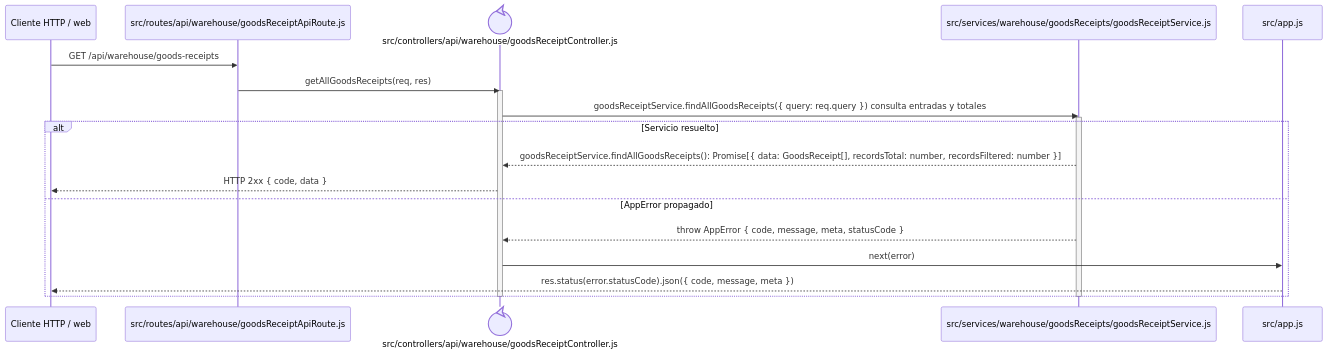
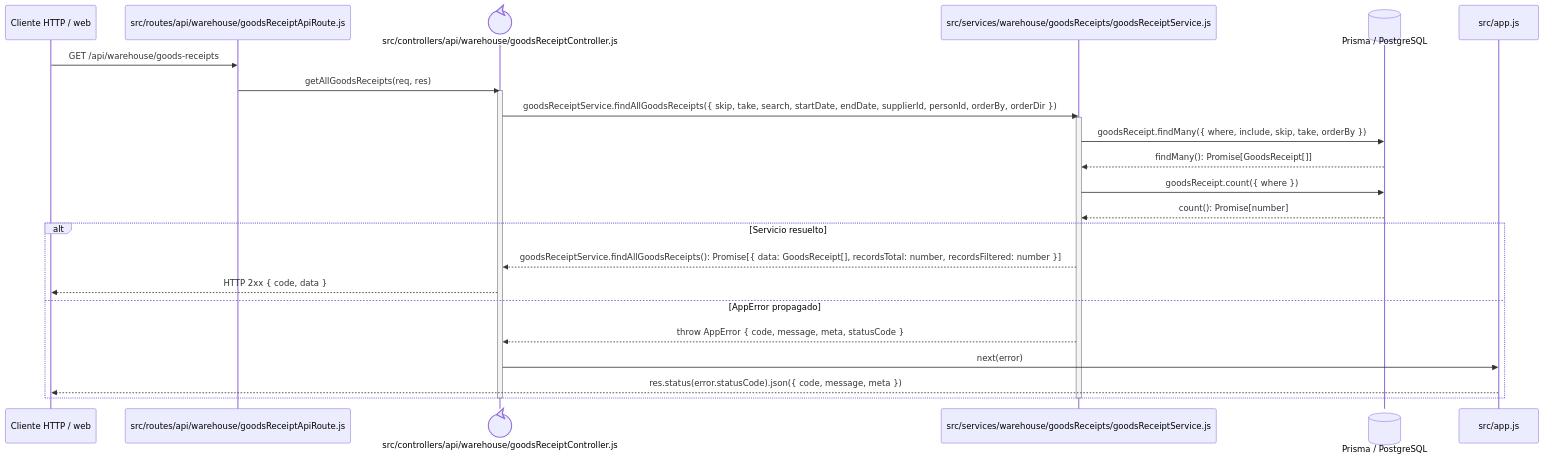
The diagram in docs/architecture/backend-code-sequences/purchases/cu-ent-01.md (gpgsistemas01/nexus), drawn with Mermaid before and after one commit. The commit also changed 22 other files, not shown here.

````diff
--- a/docs/architecture/backend-code-sequences/purchases/cu-ent-01.md
+++ b/docs/architecture/backend-code-sequences/purchases/cu-ent-01.md
@@ -6,24 +6,29 @@
 ```mermaid
 sequenceDiagram
     participant Client as Cliente HTTP / web
     participant Route as src/routes/api/warehouse/goodsReceiptApiRoute.js
     participant Controller@{ "type": "control" } as src/controllers/api/warehouse/goodsReceiptController.js
     participant Domain as src/services/warehouse/goodsReceipts/goodsReceiptService.js
+    participant Prisma@{ "type": "database" } as Prisma / PostgreSQL
     participant ErrorHandler as src/app.js
 
     Client->>Route: GET /api/warehouse/goods-receipts
     Route->>Controller: getAllGoodsReceipts(req, res)
     activate Controller
-    Controller->>Domain: goodsReceiptService.findAllGoodsReceipts({ query: req.query }) consulta entradas y totales
+    Controller->>Domain: goodsReceiptService.findAllGoodsReceipts({ skip, take, search, startDate, endDate, supplierId, personId, orderBy, orderDir })
     activate Domain
+    Domain->>Prisma: goodsReceipt.findMany({ where, include, skip, take, orderBy })
+    Prisma-->>Domain: findMany(): Promise[GoodsReceipt[]]
+    Domain->>Prisma: goodsReceipt.count({ where })
+    Prisma-->>Domain: count(): Promise[number]
     alt Servicio resuelto
         Domain-->>Controller: goodsReceiptService.findAllGoodsReceipts(): Promise[{ data: GoodsReceipt[], recordsTotal: number, recordsFiltered: number }]
         Controller-->>Client: HTTP 2xx { code, data }
     else AppError propagado
         Domain-->>Controller: throw AppError { code, message, meta, statusCode }
         Controller->>ErrorHandler: next(error)
         ErrorHandler-->>Client: res.status(error.statusCode).json({ code, message, meta })
     end
     deactivate Domain
     deactivate Controller
 ```
````
